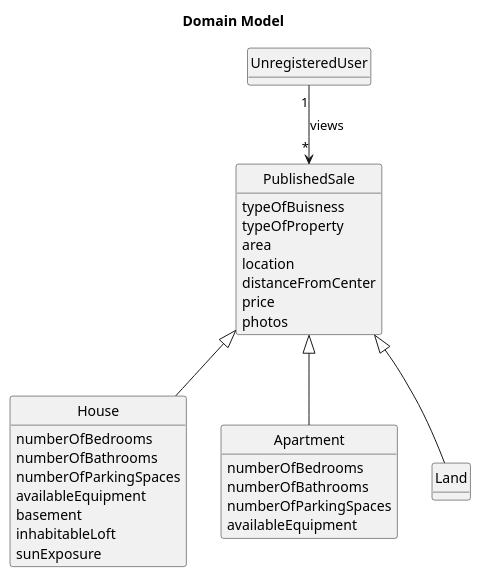
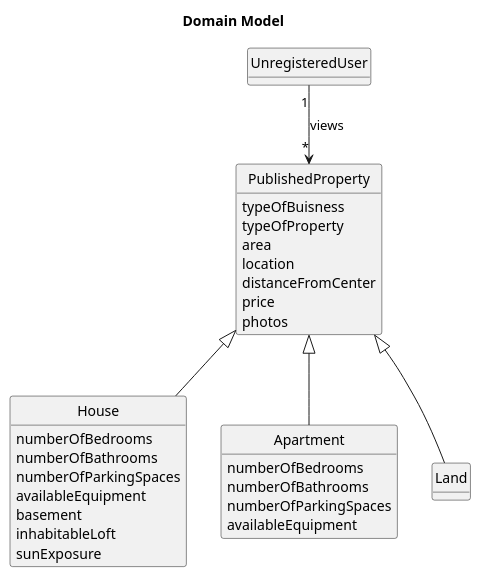
One commit to Goncalves2525/real-estate-management-system changed the diagram in docs/sprintA/us001/02.analysis/puml/us001-domain-model_alternative.puml. Above: the diagram before and after it, drawn with PlantUML. The commit also changed 1 other file, not shown here.

```diff
--- a/docs/sprintA/us001/02.analysis/puml/us001-domain-model_alternative.puml
+++ b/docs/sprintA/us001/02.analysis/puml/us001-domain-model_alternative.puml
@@ -1,56 +1,56 @@
 @startuml
 skinparam monochrome true
 skinparam packageStyle rectangle
 skinparam shadowing false
 'skinparam linetype ortho
 'left to right direction
 
 skinparam classAttributeIconSize 0
 'skinparam groupInheritance 2
 
 hide circle
 hide methods
 
 title Domain Model
 
 
 class UnregisteredUser{
 
 }
 
 
-class PublishedSale{
+class PublishedProperty{
     typeOfBuisness
     typeOfProperty
     area
     location
     distanceFromCenter
     price
     photos
 }
 
-class House extends PublishedSale{
+class House extends PublishedProperty{
         numberOfBedrooms
         numberOfBathrooms
         numberOfParkingSpaces
         availableEquipment
         basement
         inhabitableLoft
         sunExposure
 }
 
-class Apartment extends PublishedSale{
+class Apartment extends PublishedProperty{
     numberOfBedrooms
         numberOfBathrooms
         numberOfParkingSpaces
         availableEquipment
 }
 
-class Land extends PublishedSale{
+class Land extends PublishedProperty{
 }
 
-UnregisteredUser "1" --> "*" PublishedSale : views
+UnregisteredUser "1" --> "*" PublishedProperty : views
 
 
 
 @enduml
```
